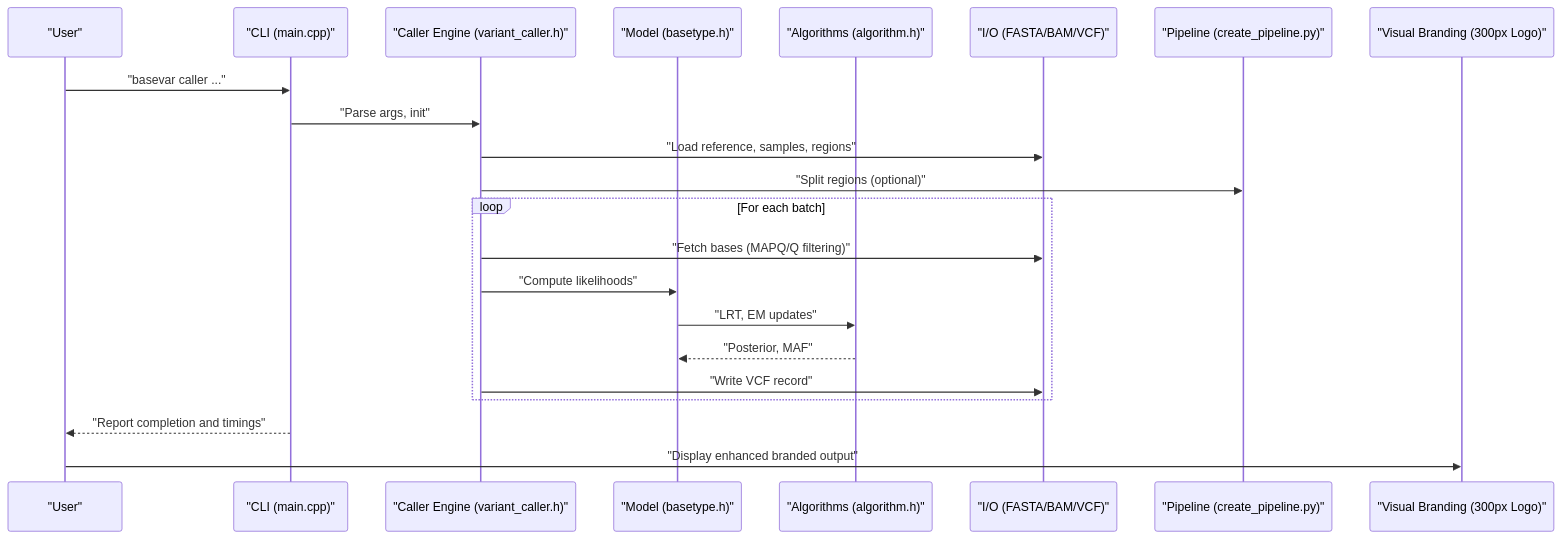
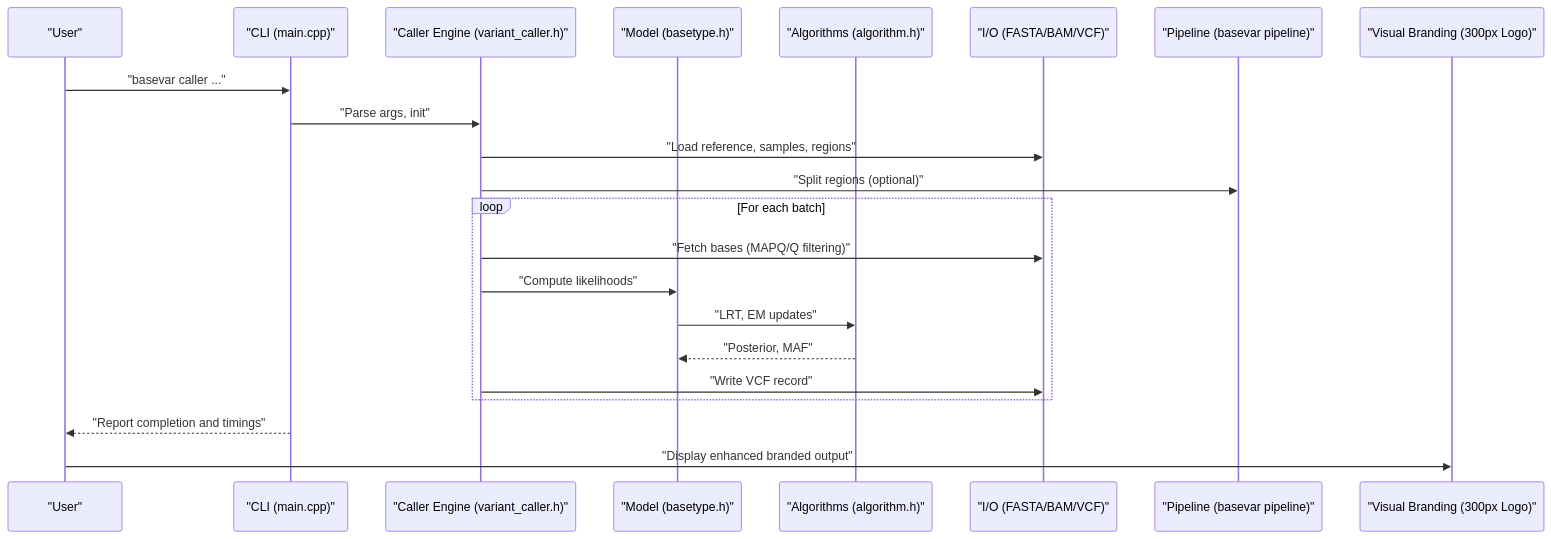
Before and after one commit to ShujiaHuang/BaseVar2: the second of 7 diagrams in docs/repowiki/en/content/Project Overview/Project Overview.md, drawn with Mermaid. The commit also changed other lines of this file and 9 other files, not shown here.

First line of the commit message:
refactor: remove scripts/create_pipeline.py (superseded by basevar pipeline C++ subcommand)

````diff
--- a/docs/repowiki/en/content/Project Overview/Project Overview.md
+++ b/docs/repowiki/en/content/Project Overview/Project Overview.md
@@ -163,24 +159,24 @@
 ```mermaid
 sequenceDiagram
 participant U as "User"
 participant CLI as "CLI (main.cpp)"
 participant ENG as "Caller Engine (variant_caller.h)"
 participant MOD as "Model (basetype.h)"
 participant ALG as "Algorithms (algorithm.h)"
 participant IO as "I/O (FASTA/BAM/VCF)"
-participant PIPE as "Pipeline (create_pipeline.py)"
+participant PIPE as "Pipeline (basevar pipeline)"
 participant BRAND as "Visual Branding (300px Logo)"
 U->>CLI : "basevar caller ..."
 CLI->>ENG : "Parse args, init"
 ENG->>IO : "Load reference, samples, regions"
 ENG->>PIPE : "Split regions (optional)"
 loop For each batch
 ENG->>IO : "Fetch bases (MAPQ/Q filtering)"
 ENG->>MOD : "Compute likelihoods"
 MOD->>ALG : "LRT, EM updates"
 ALG-->>MOD : "Posterior, MAF"
 ENG->>IO : "Write VCF record"
 end
 CLI-->>U : "Report completion and timings"
 U->>BRAND : "Display enhanced branded output"
 ```
````
